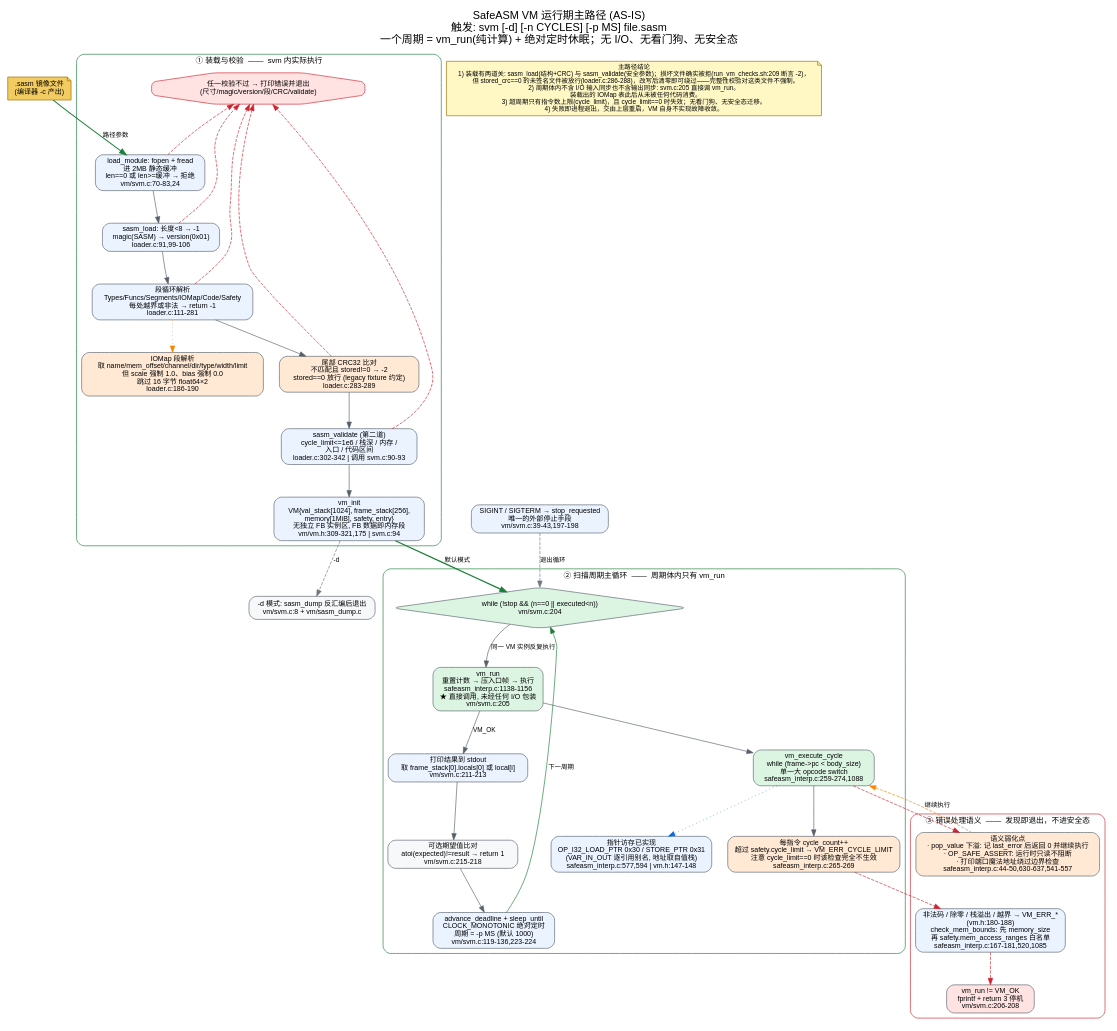
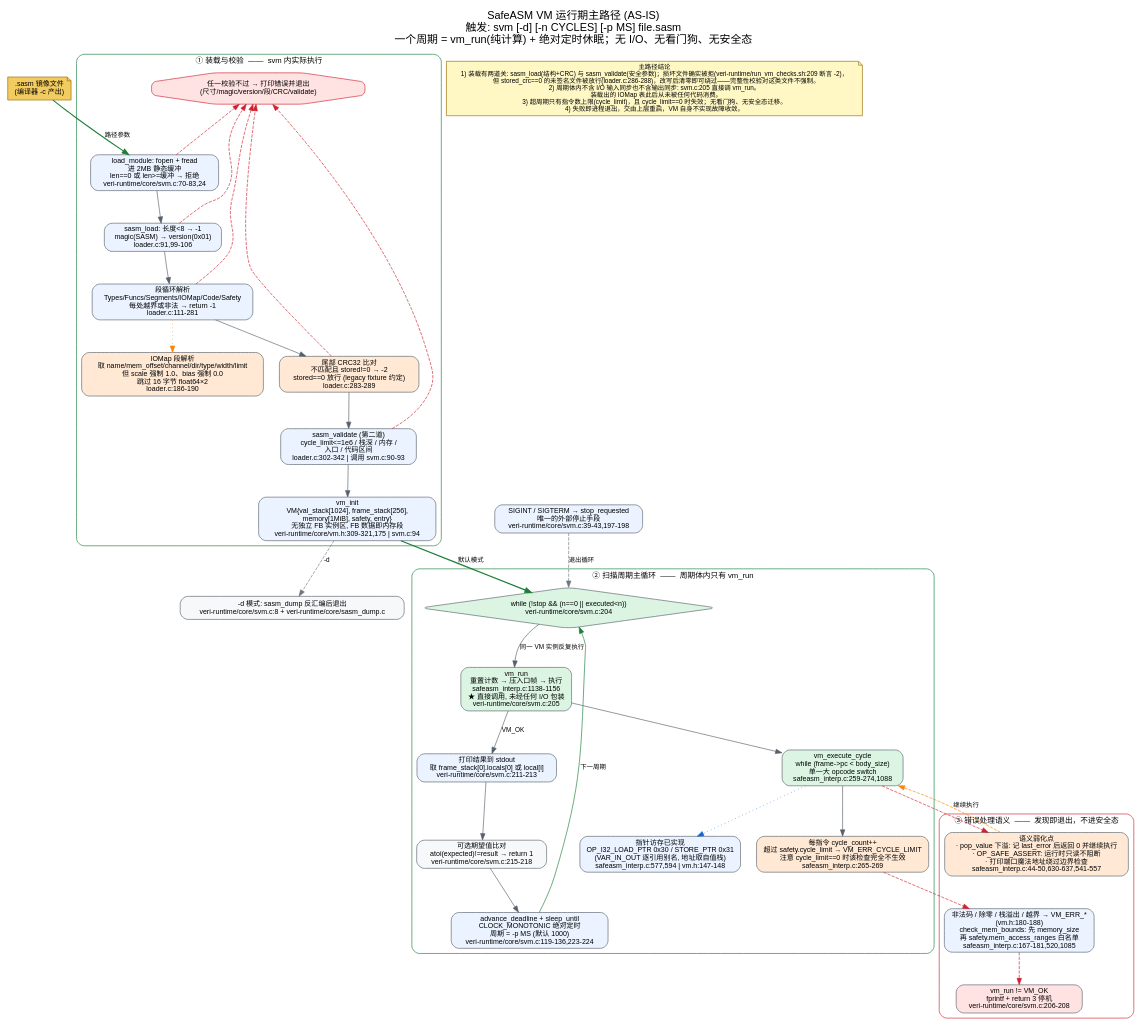
The diagram in docs/architecture/flow-vm-runtime.dot (Bentusi/veristc), drawn with Graphviz before and after one commit. The commit also changed 213 other files, not shown here.

First line of the commit message:
refactor(repo): 单一仓库拆分为 veri-stc / veri-runtime / veri-ide 三组件

```diff
--- a/docs/architecture/flow-vm-runtime.dot
+++ b/docs/architecture/flow-vm-runtime.dot
@@ -1,95 +1,95 @@
 // flow-vm-runtime.dot
 // VeriSTC SafeASM VM 运行期主路径数据流 (当前状态 / AS-IS) —— flow-visualizer + graphviz
 // 本图只回答一个问题: .sasm 进入 svm 后，一个扫描周期里真正执行了什么。
 // "已实现但没有接入运行路径"的能力(I/O 扫描、双机热备、增量下装、RT-Thread 移植)见 flow-vm-unwired.dot。
-// 证据: vm/svm.c, vm/loader.c, vm/safeasm_interp.c, vm/vm.h
+// 证据: veri-runtime/core/svm.c, veri-runtime/core/loader.c, veri-runtime/core/safeasm_interp.c, veri-runtime/core/vm.h
 // 读法: 全部实线 = svm 可执行文件里真正会执行的路径；红色虚线 = 拒绝/终止分支；橙色节点 = 语义弱化点。
 // 重新渲染: dot -Tsvg flow-vm-runtime.dot -o flow-vm-runtime.svg
 digraph "veristc_vm_runtime_main" {
     graph [
         rankdir=TB,
         label="SafeASM VM 运行期主路径 (AS-IS)\n触发: svm [-d] [-n CYCLES] [-p MS] file.sasm\n一个周期 = vm_run(纯计算) + 绝对定时休眠；无 I/O、无看门狗、无安全态",
         labelloc=t, fontsize=17, fontname="Helvetica",
         nodesep=0.35, ranksep=0.7, newrank=true, bgcolor="white"
     ];
     node [shape=box, style="rounded,filled", fontsize=11, fontname="Helvetica", fillcolor="#eaf3ff", color="#57606a"];
     edge [fontsize=10, fontname="Helvetica", color="#57606a"];
 
     sasm [shape=note, fillcolor="#f2cc60", color="#9a6b00", label=".sasm 镜像文件\n(编译器 -c 产出)"];
 
     // ================= 1. 装载与校验 =================
     subgraph cluster_load {
         label="① 装载与校验  ——  svm 内实际执行"; style="rounded"; color="#1a7f37"; fontsize=12;
 
-        fopen_fread [label="load_module: fopen + fread\n进 2MB 静态缓冲\nlen==0 或 len>=缓冲 → 拒绝\nvm/svm.c:70-83,24"];
+        fopen_fread [label="load_module: fopen + fread\n进 2MB 静态缓冲\nlen==0 或 len>=缓冲 → 拒绝\nveri-runtime/core/svm.c:70-83,24"];
         magic_ver   [label="sasm_load: 长度<8 → -1\nmagic(SASM) → version(0x01)\nloader.c:91,99-106"];
         sections    [label="段循环解析\nTypes/Funcs/Segments/IOMap/Code/Safety\n每处越界或非法 → return -1\nloader.c:111-281"];
         iomap_note  [label="IOMap 段解析\n取 name/mem_offset/channel/dir/type/width/limit\n但 scale 强制 1.0、bias 强制 0.0\n跳过 16 字节 float64×2\nloader.c:186-190",
                      fillcolor="#ffe9d5"];
         crc_check   [label="尾部 CRC32 比对\n不匹配且 stored!=0 → -2\nstored==0 放行 (legacy fixture 约定)\nloader.c:283-289",
                      fillcolor="#ffe9d5"];
         validate    [label="sasm_validate (第二道)\ncycle_limit<=1e6 / 栈深 / 内存 /\n入口 / 代码区间\nloader.c:302-342 | 调用 svm.c:90-93"];
-        vm_init     [label="vm_init\nVM{val_stack[1024], frame_stack[256],\nmemory[1MiB], safety, entry}\n无独立 FB 实例区, FB 数据即内存段\nvm/vm.h:309-321,175 | svm.c:94"];
+        vm_init     [label="vm_init\nVM{val_stack[1024], frame_stack[256],\nmemory[1MiB], safety, entry}\n无独立 FB 实例区, FB 数据即内存段\nveri-runtime/core/vm.h:309-321,175 | svm.c:94"];
         reject      [shape=octagon, fillcolor="#ffe2e2", color="#cf222e",
                      label="任一校验不过 → 打印错误并退出\n(尺寸/magic/version/段/CRC/validate)"];
 
         fopen_fread -> magic_ver -> sections -> crc_check -> validate -> vm_init;
         sections    -> iomap_note [style=dotted, color="#fb8500"];
         fopen_fread -> reject [style=dashed, color="#cf222e", constraint=false];
         magic_ver   -> reject [style=dashed, color="#cf222e", constraint=false];
         sections    -> reject [style=dashed, color="#cf222e", constraint=false];
         crc_check   -> reject [style=dashed, color="#cf222e", constraint=false];
         validate    -> reject [style=dashed, color="#cf222e", constraint=false];
     }
     sasm -> fopen_fread [label="路径参数", color="#1a7f37", penwidth=1.6];
 
-    dump [label="-d 模式: sasm_dump 反汇编后退出\nvm/svm.c:8 + vm/sasm_dump.c", fillcolor="#f6f8fa"];
+    dump [label="-d 模式: sasm_dump 反汇编后退出\nveri-runtime/core/svm.c:8 + veri-runtime/core/sasm_dump.c", fillcolor="#f6f8fa"];
     vm_init -> dump [label="-d", style=dashed, color="#6e7781"];
 
     // ================= 2. 周期主循环 =================
     subgraph cluster_cycle {
         label="② 扫描周期主循环  ——  周期体内只有 vm_run"; style="rounded"; color="#1a7f37"; fontsize=12;
 
-        loop [shape=diamond, label="while (!stop && (n==0 || executed<n))\nvm/svm.c:204", fillcolor="#dcf5e3"];
-        vmrun [label="vm_run\n重置计数 → 压入口帧 → 执行\nsafeasm_interp.c:1138-1156\n★ 直接调用, 未经任何 I/O 包装\nvm/svm.c:205",
+        loop [shape=diamond, label="while (!stop && (n==0 || executed<n))\nveri-runtime/core/svm.c:204", fillcolor="#dcf5e3"];
+        vmrun [label="vm_run\n重置计数 → 压入口帧 → 执行\nsafeasm_interp.c:1138-1156\n★ 直接调用, 未经任何 I/O 包装\nveri-runtime/core/svm.c:205",
                fillcolor="#dcf5e3"];
         exec_cycle [label="vm_execute_cycle\nwhile (frame->pc < body_size)\n单一大 opcode switch\nsafeasm_interp.c:259-274,1088",
                     fillcolor="#dcf5e3"];
         cycle_limit [label="每指令 cycle_count++\n超过 safety.cycle_limit → VM_ERR_CYCLE_LIMIT\n注意 cycle_limit==0 时该检查完全不生效\nsafeasm_interp.c:265-269", fillcolor="#ffe9d5"];
         ptr_ops [label="指针访存已实现\nOP_I32_LOAD_PTR 0x30 / STORE_PTR 0x31\n(VAR_IN_OUT 逐引用别名, 地址取自值栈)\nsafeasm_interp.c:577,594 | vm.h:147-148"];
-        print_res [label="打印结果到 stdout\n取 frame_stack[0].locals[0] 或 local[i]\nvm/svm.c:211-213"];
-        expected  [label="可选期望值比对\natoi(expected)!=result → return 1\nvm/svm.c:215-218", fillcolor="#f6f8fa"];
-        deadline  [label="advance_deadline + sleep_until\nCLOCK_MONOTONIC 绝对定时\n周期 = -p MS (默认 1000)\nvm/svm.c:119-136,223-224"];
+        print_res [label="打印结果到 stdout\n取 frame_stack[0].locals[0] 或 local[i]\nveri-runtime/core/svm.c:211-213"];
+        expected  [label="可选期望值比对\natoi(expected)!=result → return 1\nveri-runtime/core/svm.c:215-218", fillcolor="#f6f8fa"];
+        deadline  [label="advance_deadline + sleep_until\nCLOCK_MONOTONIC 绝对定时\n周期 = -p MS (默认 1000)\nveri-runtime/core/svm.c:119-136,223-224"];
 
         loop -> vmrun [label="同一 VM 实例反复执行"];
         vmrun -> exec_cycle;
         exec_cycle -> cycle_limit;
         exec_cycle -> ptr_ops [style=dotted, color="#0969da"];
         vmrun -> print_res [label="VM_OK"];
         print_res -> expected;
         expected -> deadline;
         deadline -> loop [label="下一周期", color="#1a7f37"];
     }
     vm_init -> loop [label="默认模式", color="#1a7f37", penwidth=1.8];
 
-    signal [label="SIGINT / SIGTERM → stop_requested\n唯一的外部停止手段\nvm/svm.c:39-43,197-198"];
+    signal [label="SIGINT / SIGTERM → stop_requested\n唯一的外部停止手段\nveri-runtime/core/svm.c:39-43,197-198"];
     signal -> loop [label="退出循环", style=dashed, color="#6e7781"];
 
     // ================= 3. 错误处理语义 =================
     subgraph cluster_err {
         label="③ 错误处理语义  ——  发现即退出，不进安全态"; style="rounded"; color="#cf222e"; fontsize=12;
         err_codes [label="非法码 / 除零 / 栈溢出 / 越界 → VM_ERR_*\n(vm.h:180-188)\ncheck_mem_bounds: 先 memory_size\n再 safety.mem_access_ranges 白名单\nsafeasm_interp.c:167-181,520,1085"];
         soft_err  [label="语义弱化点\n· pop_value 下溢: 记 last_error 后返回 0 并继续执行\n· OP_SAFE_ASSERT: 运行时只读不阻断\n· 打印端口魔法地址绕过边界检查\nsafeasm_interp.c:44-50,630-637,541-557",
                    fillcolor="#ffe9d5"];
-        stop_out  [label="vm_run != VM_OK\nfprintf + return 3 停机\nvm/svm.c:206-208", fillcolor="#ffe2e2"];
+        stop_out  [label="vm_run != VM_OK\nfprintf + return 3 停机\nveri-runtime/core/svm.c:206-208", fillcolor="#ffe2e2"];
     }
     cycle_limit -> err_codes [style=dashed, color="#cf222e"];
     exec_cycle  -> soft_err  [style=dashed, color="#cf222e"];
     err_codes   -> stop_out  [style=dashed, color="#cf222e"];
     soft_err    -> exec_cycle [label="继续执行", style=dashed, color="#fb8500"];
 
     // ================= 读图要点 =================
     note2 [shape=note, fillcolor="#fff8c5", color="#9a6b00", fontsize=10,
-           label="主路径结论\n1) 装载有两道关: sasm_load(结构+CRC) 与 sasm_validate(安全参数)；损坏文件确实被拒(run_vm_checks.sh:209 断言 -2)，\n   但 stored_crc==0 的未签名文件被放行(loader.c:286-288)，改写后清零即可绕过——完整性校验对这类文件不强制。\n2) 周期体内不含 I/O 输入同步也不含输出同步: svm.c:205 直接调 vm_run。\n   装载出的 IOMap 表此后从未被任何代码消费。\n3) 超周期只有指令数上限(cycle_limit)，且 cycle_limit==0 时失效；无看门狗、无安全态迁移。\n4) 失败即进程退出，交由上层重启，VM 自身不实现故障收敛。"];
+           label="主路径结论\n1) 装载有两道关: sasm_load(结构+CRC) 与 sasm_validate(安全参数)；损坏文件确实被拒(veri-runtime/run_vm_checks.sh:209 断言 -2)，\n   但 stored_crc==0 的未签名文件被放行(loader.c:286-288)，改写后清零即可绕过——完整性校验对这类文件不强制。\n2) 周期体内不含 I/O 输入同步也不含输出同步: svm.c:205 直接调 vm_run。\n   装载出的 IOMap 表此后从未被任何代码消费。\n3) 超周期只有指令数上限(cycle_limit)，且 cycle_limit==0 时失效；无看门狗、无安全态迁移。\n4) 失败即进程退出，交由上层重启，VM 自身不实现故障收敛。"];
     { rank=sink; note2; }
 }
```
